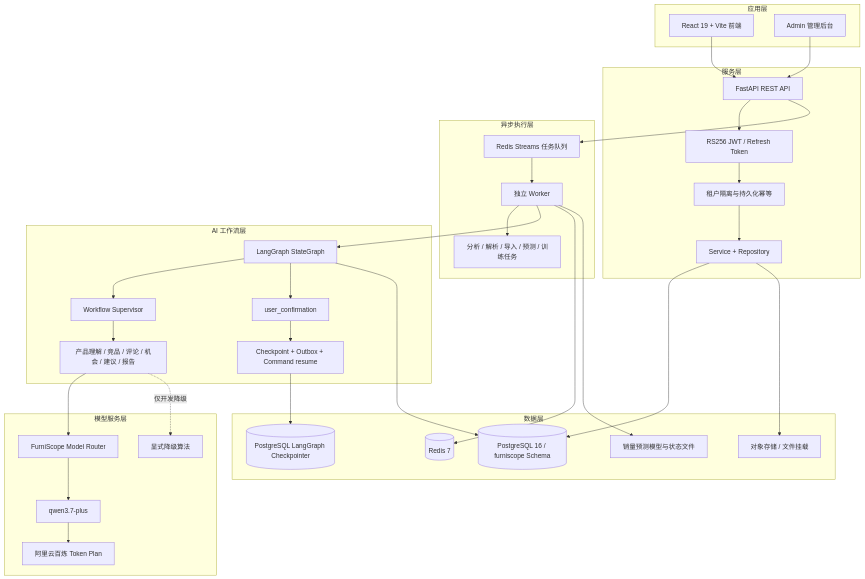
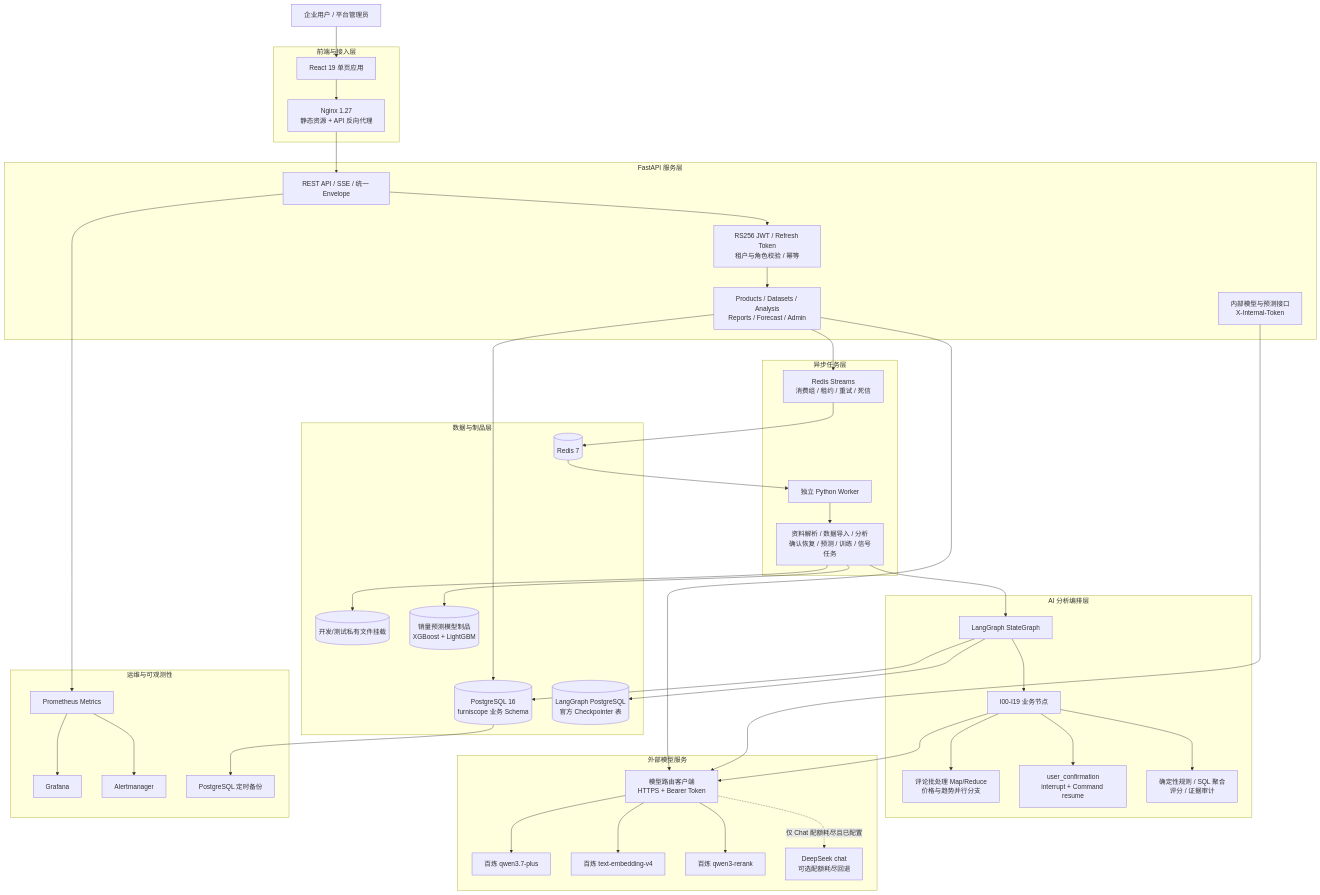
One commit to qzh666qbb/Furniscope changed the first of 3 diagrams in Docs/技术架构及调用模型说明.md. Above: the diagram before and after it, drawn with Mermaid. The commit also changed other lines of this file and 95 other files, not shown here.

````diff
--- a/Docs/技术架构及调用模型说明.md
+++ b/Docs/技术架构及调用模型说明.md
@@ -11,62 +13,77 @@
 ```mermaid
 flowchart TB
-    subgraph Client[应用层]
-        Web[React 19 + Vite 前端]
-        Admin[Admin 管理后台]
+    User[企业用户 / 平台管理员]
+
+    subgraph FE[前端与接入层]
+        Browser[React 19 单页应用]
+        Nginx[Nginx 1.27<br/>静态资源 + API 反向代理]
     end
 
-    subgraph Gateway[服务层]
-        API[FastAPI REST API]
-        Auth[RS256 JWT / Refresh Token]
-        Tenant[租户隔离与持久化幂等]
-        Services[Service + Repository]
+    subgraph API[FastAPI 服务层]
+        Gateway[REST API / SSE / 统一 Envelope]
+        Security[RS256 JWT / Refresh Token<br/>租户与角色校验 / 幂等]
+        Domain[Products / Datasets / Analysis<br/>Reports / Forecast / Admin]
+        Internal[内部模型与预测接口<br/>X-Internal-Token]
     end
 
-    subgraph Async[异步执行层]
-        Queue[Redis Streams 任务队列]
-        Worker[独立 Worker]
-        Jobs[分析 / 解析 / 导入 / 预测 / 训练任务]
+    subgraph Async[异步任务层]
+        Stream[Redis Streams<br/>消费组 / 租约 / 重试 / 死信]
+        Worker[独立 Python Worker]
+        Handlers[资料解析 / 数据导入 / 分析<br/>确认恢复 / 预测 / 训练 / 信号任务]
     end
 
-    subgraph Agent[AI 工作流层]
+    subgraph Agent[AI 分析编排层]
         Graph[LangGraph StateGraph]
-        Supervisor[Workflow Supervisor]
-        Capabilities[产品理解 / 竞品 / 评论 / 机会 / 建议 / 报告]
-        Confirm[user_confirmation]
-        Checkpoint[Checkpoint + Outbox + Command resume]
+        Nodes[I00-I19 业务节点]
+        Parallel[评论批处理 Map/Reduce<br/>价格与趋势并行分支]
+        HITL[user_confirmation<br/>interrupt + Command resume]
+        Rule[确定性规则 / SQL 聚合<br/>评分 / 证据审计]
     end
 
-    subgraph Model[模型服务层]
-        Router[FurniScope Model Router]
-        Qwen[qwen3.7-plus]
-        Fallback[显式降级算法]
-        Bailian[阿里云百炼 Token Plan]
+    subgraph Models[外部模型服务]
+        Router[模型路由客户端<br/>HTTPS + Bearer Token]
+        Chat[百炼 qwen3.7-plus]
+        Embed[百炼 text-embedding-v4]
+        Rerank[百炼 qwen3-rerank]
+        DeepSeek[DeepSeek chat<br/>可选配额耗尽回退]
     end
 
-    subgraph Data[数据层]
-        PG[(PostgreSQL 16 / furniscope Schema)]
-        PGCP[(PostgreSQL LangGraph Checkpointer)]
+    subgraph Data[数据与制品层]
+        PG[(PostgreSQL 16<br/>furniscope 业务 Schema)]
+        LG[(LangGraph PostgreSQL<br/>官方 Checkpointer 表)]
         Redis[(Redis 7)]
-        Object[对象存储 / 文件挂载]
-        Forecast[销量预测模型与状态文件]
+        Files[(开发/测试私有文件挂载)]
+        Artifacts[(销量预测模型制品<br/>XGBoost + LightGBM)]
     end
 
-    Web --> API
-    Admin --> API
-    API --> Auth --> Tenant --> Services
-    Services --> PG
-    API --> Queue
-    Queue --> Worker
-    Worker --> Jobs
-    Worker --> Graph
-    Graph --> Supervisor --> Capabilities
-    Capabilities --> Router
-    Router --> Qwen --> Bailian
-    Capabilities -.仅开发降级.-> Fallback
-    Graph --> Confirm --> Checkpoint
-    Checkpoint --> PGCP
-    Worker --> Redis
-    Services --> Object
-    Worker --> Forecast
+    subgraph Ops[运维与可观测性]
+        Metrics[Prometheus Metrics]
+        Dashboard[Grafana]
+        Alerts[Alertmanager]
+        Backup[PostgreSQL 定时备份]
+    end
+
+    User --> Browser --> Nginx --> Gateway
+    Gateway --> Security --> Domain
+    Domain --> PG
+    Domain --> Router
+    Domain --> Stream
+    Stream --> Redis --> Worker --> Handlers
+    Handlers --> Graph --> Nodes
+    Nodes --> Parallel
+    Nodes --> HITL
+    Nodes --> Rule
+    Graph --> LG
     Graph --> PG
+    Handlers --> Files
+    Handlers --> Artifacts
+    Nodes --> Router
+    Internal --> Router
+    Router --> Chat
+    Router --> Embed
+    Router --> Rerank
+    Router -.仅 Chat 配额耗尽且已配置.-> DeepSeek
+    Gateway --> Metrics --> Dashboard
+    Metrics --> Alerts
+    PG --> Backup
 ```
````
